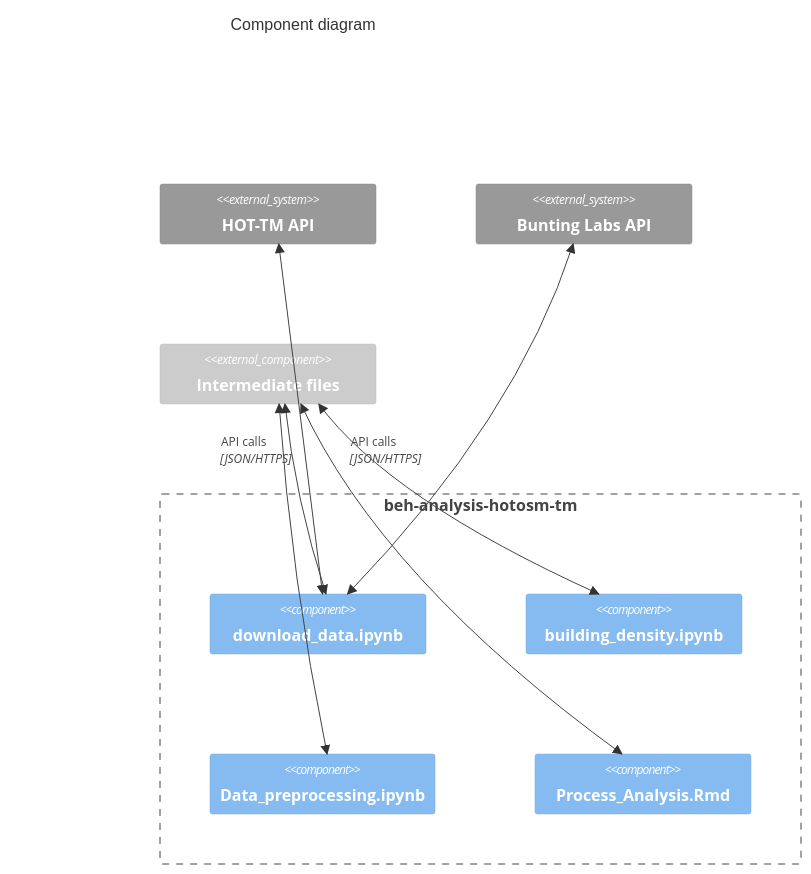
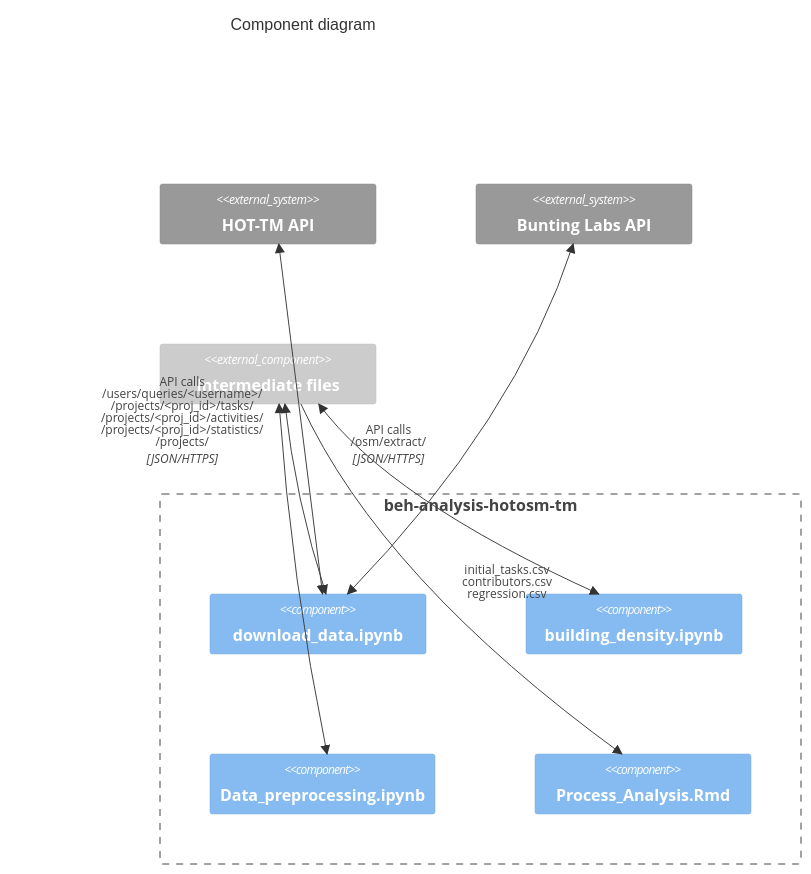
One commit to Robot8A/beh-analysis-hotosm-tm changed the first of 2 diagrams in README.md. Above: the diagram before and after it, drawn with Mermaid.

Commit message:
Add API endpoints and file names to the component diagram

````diff
--- a/README.md
+++ b/README.md
@@ -2,27 +2,27 @@
 ```mermaid
 C4Component
     title Component diagram
 
     System_Ext(hot, "HOT-TM API")
     System_Ext(bla, "Bunting Labs API")
 
     Boundary(syb, "beh-analysis-hotosm-tm", ""){
         Component(dow, "download_data.ipynb")
         Component(bud, "building_density.ipynb")
         Component(dpp, "Data_preprocessing.ipynb")
         Component(pan, "Process_Analysis.Rmd")
     }
 
     Component_Ext(fil, "Intermediate files")
  
-    BiRel(hot, dow, "API calls", "JSON/HTTPS")
-    UpdateRelStyle(hot, dow, $offsetX="-80", $offsetY="20")
+    BiRel(hot, dow, "API calls<br>/users/queries/<username>/<br>/projects/<proj_id>/tasks/<br>/projects/<proj_id>/activities/<br>/projects/<proj_id>/statistics/<br>/projects/<br><br><br><br><br>", "JSON/HTTPS")
+    UpdateRelStyle(hot, dow, $offsetX="-200", $offsetY="20")
 
-    BiRel(bla, dow, "API calls", "JSON/HTTPS")
+    BiRel(bla, dow, "API calls<br>/osm/extract/<br>", "JSON/HTTPS")
     UpdateRelStyle(bla, dow, $offsetX="-110", $offsetY="20")
 
     BiRel(fil, dow, "")
     BiRel(fil, bud, "")
     BiRel(fil, dpp, "")
-    BiRel(fil, pan, "")
+    Rel(fil, pan, "initial_tasks.csv<br>contributors.csv<br>regression.csv")
 ```
````
